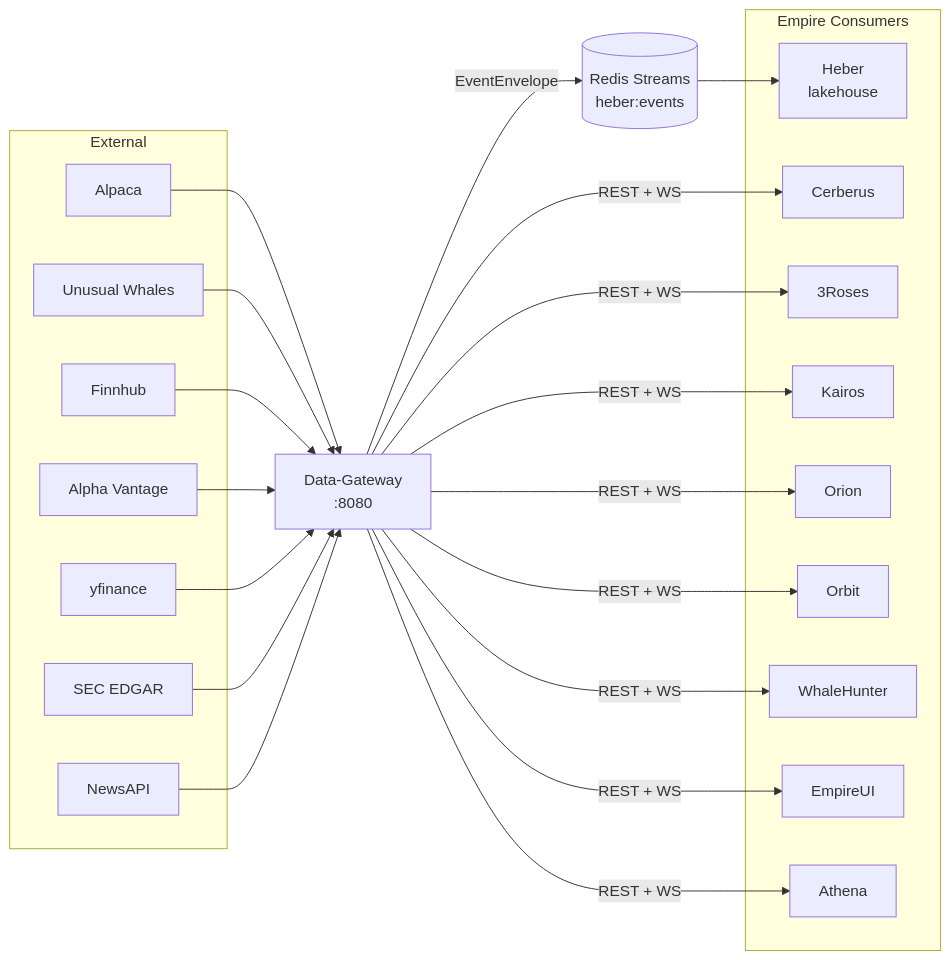
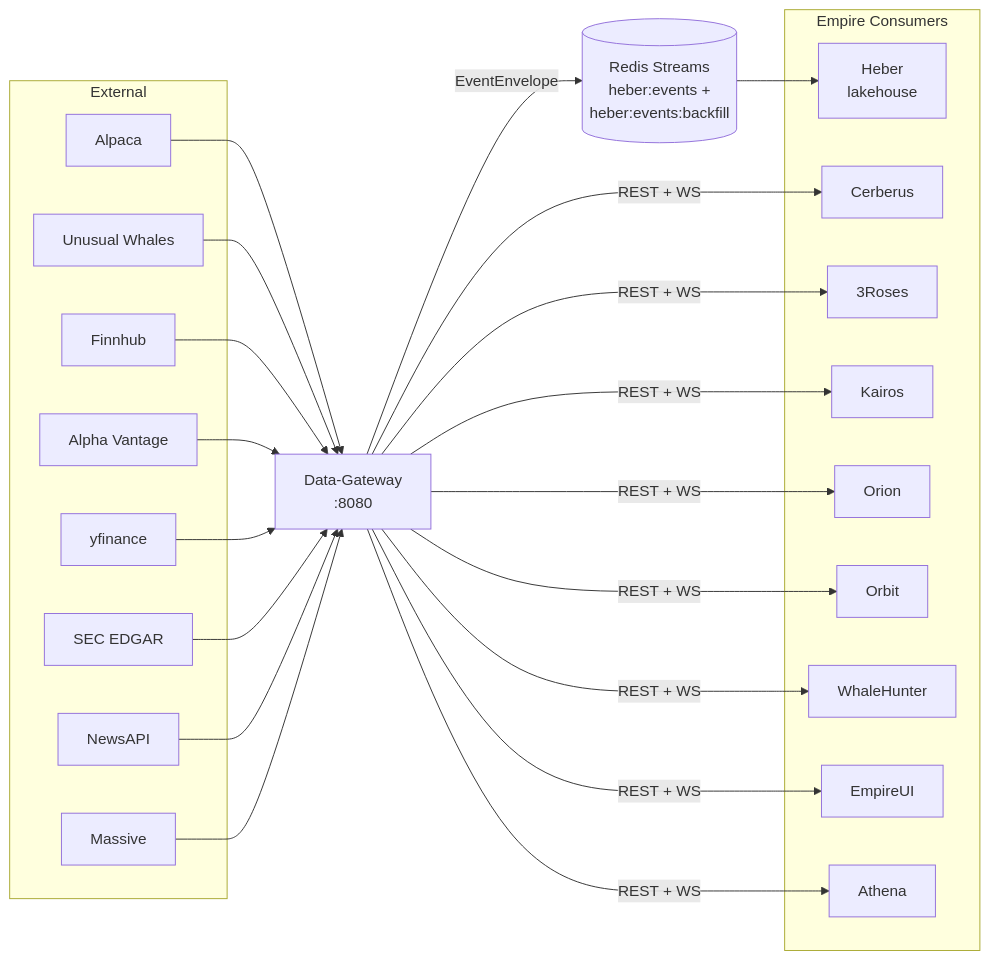
The first of 7 diagrams in docs/system-architecture.md (JasperDale420/Data-Gateway), drawn with Mermaid before and after one commit. The commit also changed other lines of this file and 7 other files, not shown here.

````diff
--- a/docs/system-architecture.md
+++ b/docs/system-architecture.md
@@ -11,33 +11,34 @@
 ```mermaid
 graph LR
     subgraph External
         ALP[Alpaca]
         UW[Unusual Whales]
         FH[Finnhub]
         AV[Alpha Vantage]
         YF[yfinance]
         SEC[SEC EDGAR]
         NEWS[NewsAPI]
+        MSV[Massive]
     end
 
     DG[Data-Gateway<br/>:8080]
 
-    REDIS[(Redis Streams<br/>heber:events)]
+    REDIS[(Redis Streams<br/>heber:events +<br/>heber:events:backfill)]
 
     subgraph Empire Consumers
         HEB[Heber<br/>lakehouse]
         CER[Cerberus]
         ROS[3Roses]
         KAI[Kairos]
         ORI[Orion]
         ORB[Orbit]
         WH[WhaleHunter]
         UI[EmpireUI]
         ATH[Athena]
     end
 
-    ALP & UW & FH & AV & YF & SEC & NEWS --> DG
+    ALP & UW & FH & AV & YF & SEC & NEWS & MSV --> DG
     DG -->|EventEnvelope| REDIS
     REDIS --> HEB
     DG -->|REST + WS| CER & ROS & KAI & ORI & ORB & WH & UI & ATH
 ```
````
